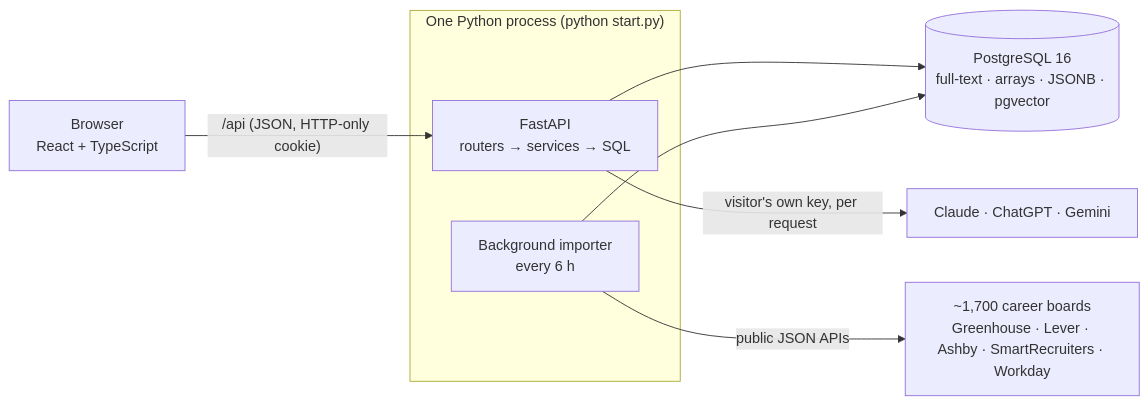
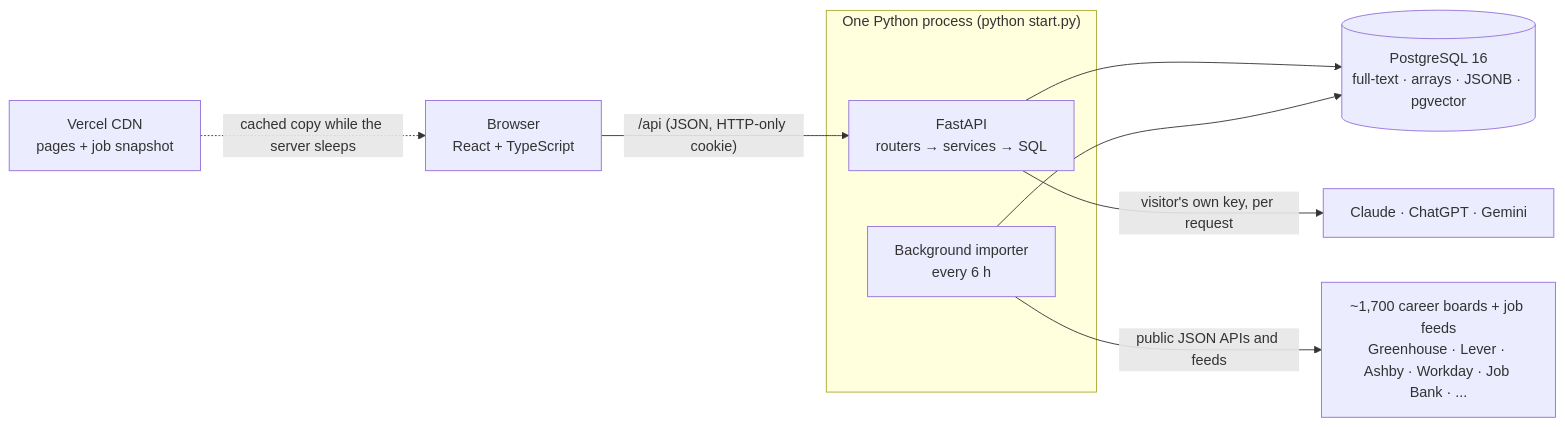
Before and after one commit to mbendari7/COOP-Radar: the diagram in README.md, drawn with Mermaid. The commit also changed other lines of this file and 46 other files, not shown here.

First line of the commit message:
feat: add Job Bank feeds and fast snapshots

````diff
--- a/README.md
+++ b/README.md
@@ -56,12 +57,13 @@
 ```mermaid
 flowchart LR
     B["Browser<br/>React + TypeScript"] -->|"/api (JSON, HTTP-only cookie)"| API
     subgraph Server["One Python process (python start.py)"]
       API["FastAPI<br/>routers → services → SQL"]
       JOBS["Background importer<br/>every 6 h"]
     end
     API --> DB[("PostgreSQL 16<br/>full-text · arrays · JSONB · pgvector")]
     JOBS --> DB
-    JOBS -->|"public JSON APIs"| BOARDS["~1,700 career boards<br/>Greenhouse · Lever · Ashby · SmartRecruiters · Workday"]
+    JOBS -->|"public JSON APIs and feeds"| BOARDS["~1,700 career boards + job feeds<br/>Greenhouse · Lever · Ashby · Workday · Job Bank · ..."]
+    CDN["Vercel CDN<br/>pages + job snapshot"] -.->|"cached copy while the server sleeps"| B
     API -->|"visitor's own key, per request"| AI["Claude · ChatGPT · Gemini"]
 ```
````
